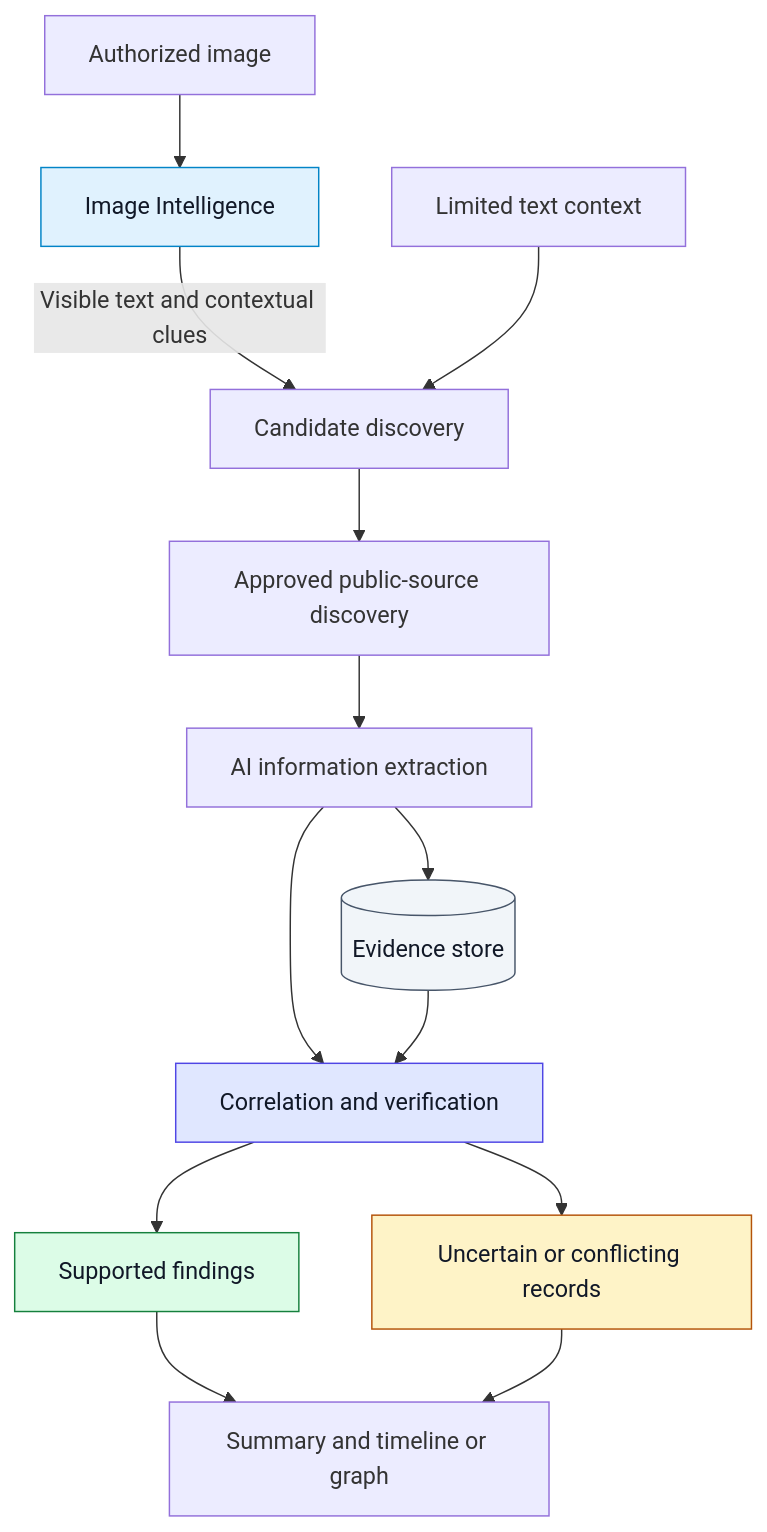
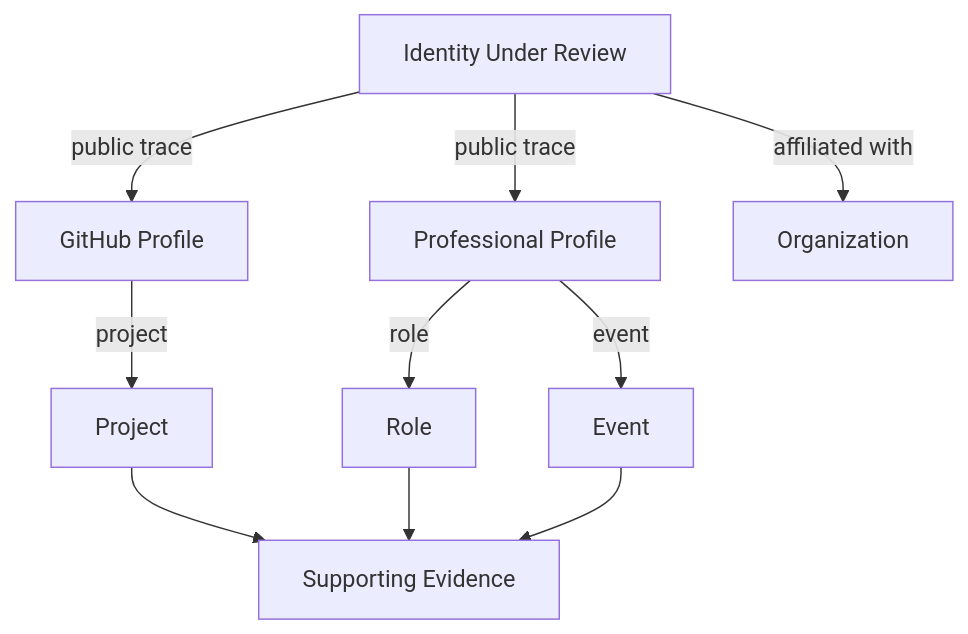
One commit to sdheeraj4/Temporal_Nexus changed the second of 3 diagrams in README.md. Above: the diagram before and after it, drawn with Mermaid. The commit also changed other lines of this file, not shown here.

Commit message:
redesign project README with complete system documentation

````diff
--- a/README.md
+++ b/README.md
@@ -104,21 +543,16 @@
 ```mermaid
-flowchart TD
-    A["Authorized image"] --> B["Image Intelligence"]
-    B -->|"Visible text and contextual clues"| D["Candidate discovery"]
-    C["Limited text context"] --> D
-    D --> E["Approved public-source discovery"]
-    E --> F["AI information extraction"]
-    F --> G[("Evidence store")]
-    F --> H["Correlation and verification"]
+graph TD
+    A["Identity Under Review"]
+
+    A -->|"public trace"| B["GitHub Profile"]
+    A -->|"public trace"| C["Professional Profile"]
+    A -->|"affiliated with"| D["Organization"]
+
+    B -->|"project"| E["Project"]
+    C -->|"role"| F["Role"]
+    C -->|"event"| G["Event"]
+
+    E --> H["Supporting Evidence"]
+    F --> H
     G --> H
-    H --> I["Supported findings"]
-    H --> J["Uncertain or conflicting records"]
-    I --> K["Summary and timeline or graph"]
-    J --> K
-
-    style B fill:#e0f2fe,stroke:#0284c7,color:#111827
-    style H fill:#e0e7ff,stroke:#4f46e5,color:#111827
-    style G fill:#f1f5f9,stroke:#475569,color:#111827
-    style I fill:#dcfce7,stroke:#15803d,color:#111827
-    style J fill:#fef3c7,stroke:#b45309,color:#111827
 ```
````
